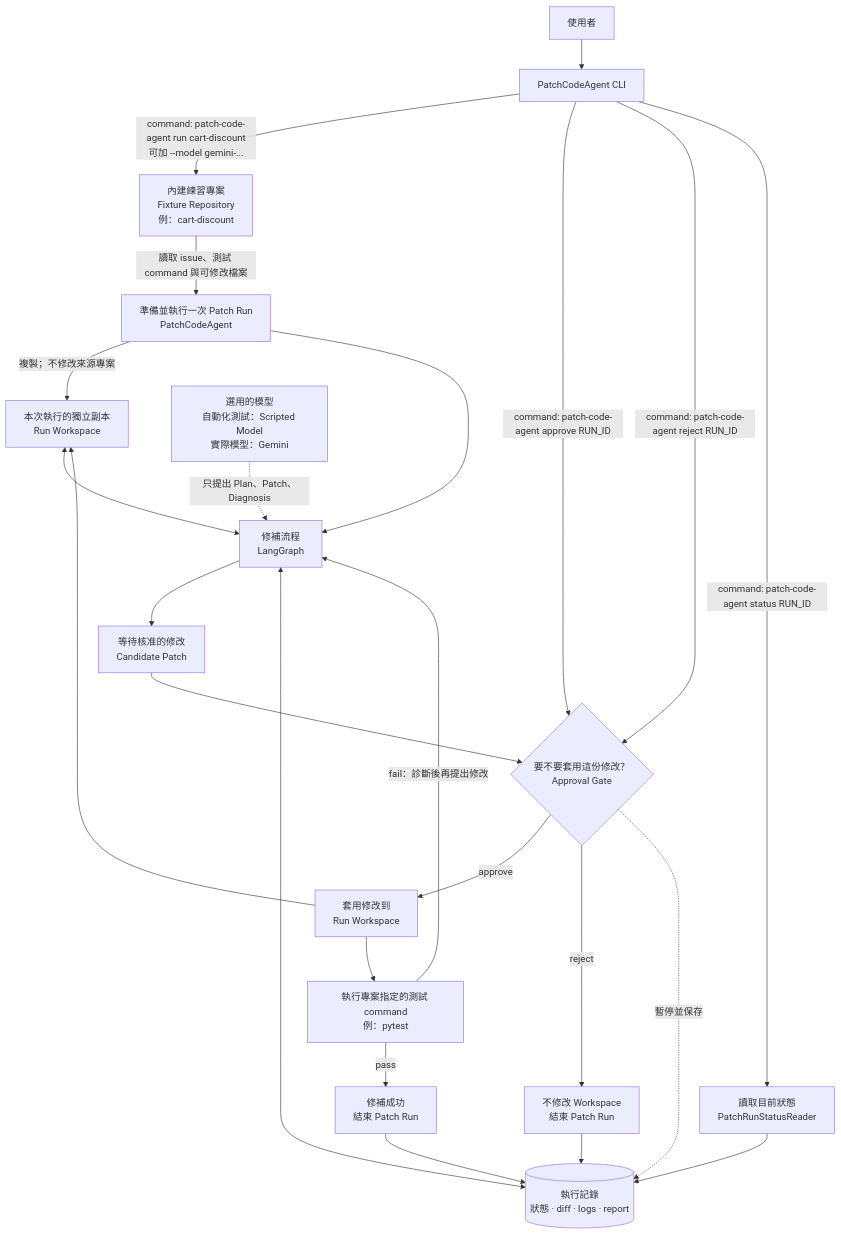
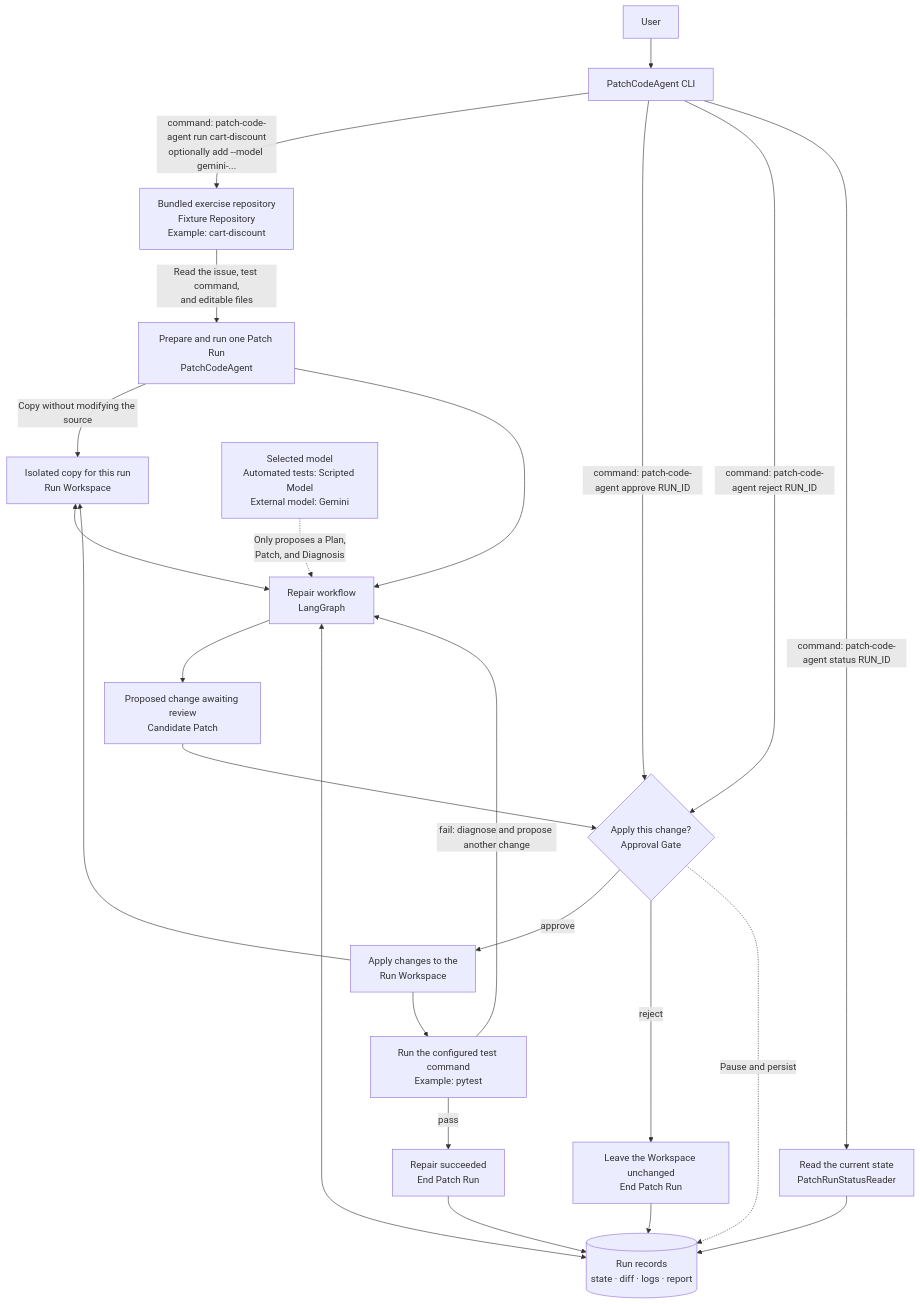
Before and after one commit to jerryxcy/patch-code-agent: the first of 2 diagrams in README.md, drawn with Mermaid. The commit also changed other lines of this file and 1 other file, not shown here.

````diff
--- a/README.md
+++ b/README.md
@@ -14,31 +17,31 @@
 ```mermaid
 flowchart TD
-    human["使用者"] --> cli["PatchCodeAgent CLI"]
+    human["User"] --> cli["PatchCodeAgent CLI"]
 
-    cli -->|"command: patch-code-agent run cart-discount<br/>可加 --model gemini-..."| fixture["內建練習專案<br/>Fixture Repository<br/>例：cart-discount"]
+    cli -->|"command: patch-code-agent run cart-discount<br/>optionally add --model gemini-..."| fixture["Bundled exercise repository<br/>Fixture Repository<br/>Example: cart-discount"]
 
-    fixture -->|"讀取 issue、測試 command 與可修改檔案"| app["準備並執行一次 Patch Run<br/>PatchCodeAgent"]
-    app -->|"複製；不修改來源專案"| workspace["本次執行的獨立副本<br/>Run Workspace"]
-    app --> workflow["修補流程<br/>LangGraph"]
+    fixture -->|"Read the issue, test command,<br/>and editable files"| app["Prepare and run one Patch Run<br/>PatchCodeAgent"]
+    app -->|"Copy without modifying the source"| workspace["Isolated copy for this run<br/>Run Workspace"]
+    app --> workflow["Repair workflow<br/>LangGraph"]
     workspace <--> workflow
 
-    model["選用的模型<br/>自動化測試：Scripted Model<br/>實際模型：Gemini"] -.->|"只提出 Plan、Patch、Diagnosis"| workflow
-    workflow --> candidate["等待核准的修改<br/>Candidate Patch"]
-    candidate --> approval{"要不要套用這份修改？<br/>Approval Gate"}
+    model["Selected model<br/>Automated tests: Scripted Model<br/>External model: Gemini"] -.->|"Only proposes a Plan,<br/>Patch, and Diagnosis"| workflow
+    workflow --> candidate["Proposed change awaiting review<br/>Candidate Patch"]
+    candidate --> approval{"Apply this change?<br/>Approval Gate"}
     cli -->|"command: patch-code-agent approve RUN_ID"| approval
     cli -->|"command: patch-code-agent reject RUN_ID"| approval
 
-    approval -->|"approve"| apply["套用修改到<br/>Run Workspace"]
+    approval -->|"approve"| apply["Apply changes to the<br/>Run Workspace"]
     apply --> workspace
-    apply --> verification["執行專案指定的測試 command<br/>例：pytest"]
-    verification -->|"fail：診斷後再提出修改"| workflow
-    verification -->|"pass"| succeeded["修補成功<br/>結束 Patch Run"]
-    approval -->|"reject"| rejected["不修改 Workspace<br/>結束 Patch Run"]
+    apply --> verification["Run the configured test command<br/>Example: pytest"]
+    verification -->|"fail: diagnose and propose another change"| workflow
+    verification -->|"pass"| succeeded["Repair succeeded<br/>End Patch Run"]
+    approval -->|"reject"| rejected["Leave the Workspace unchanged<br/>End Patch Run"]
 
-    approval -.->|"暫停並保存"| storage[("執行記錄<br/>狀態 · diff · logs · report")]
+    approval -.->|"Pause and persist"| storage[("Run records<br/>state · diff · logs · report")]
     succeeded --> storage
     rejected --> storage
-    cli -->|"command: patch-code-agent status RUN_ID"| status["讀取目前狀態<br/>PatchRunStatusReader"]
+    cli -->|"command: patch-code-agent status RUN_ID"| status["Read the current state<br/>PatchRunStatusReader"]
     status --> storage
     workflow <--> storage
 ```
````
